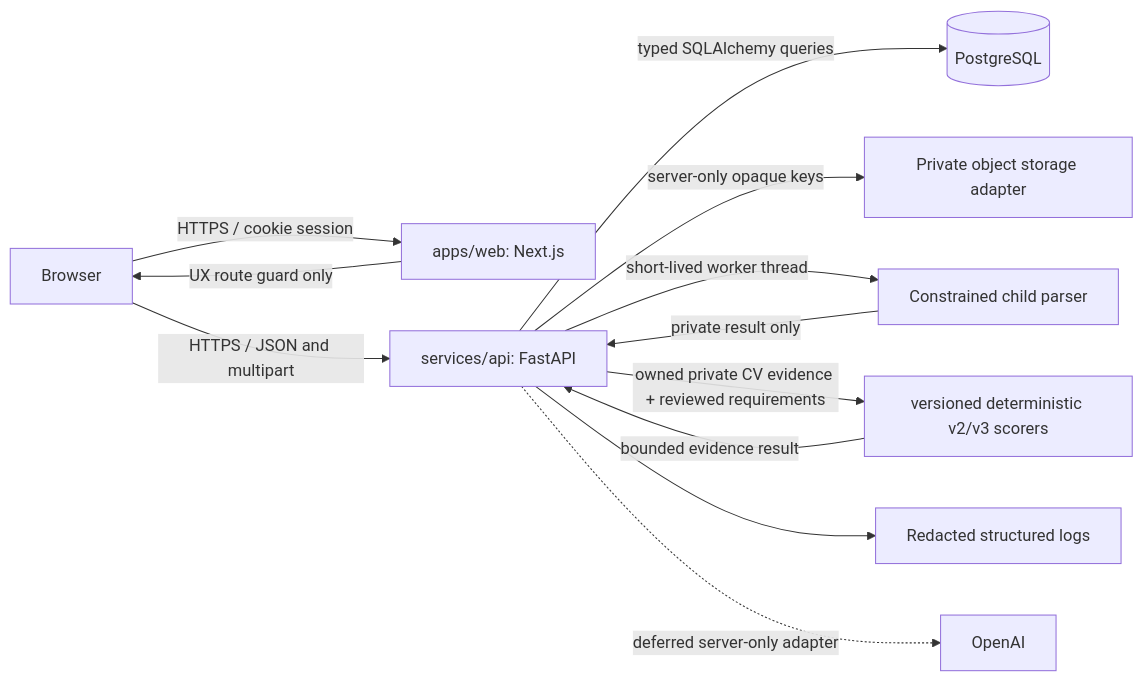
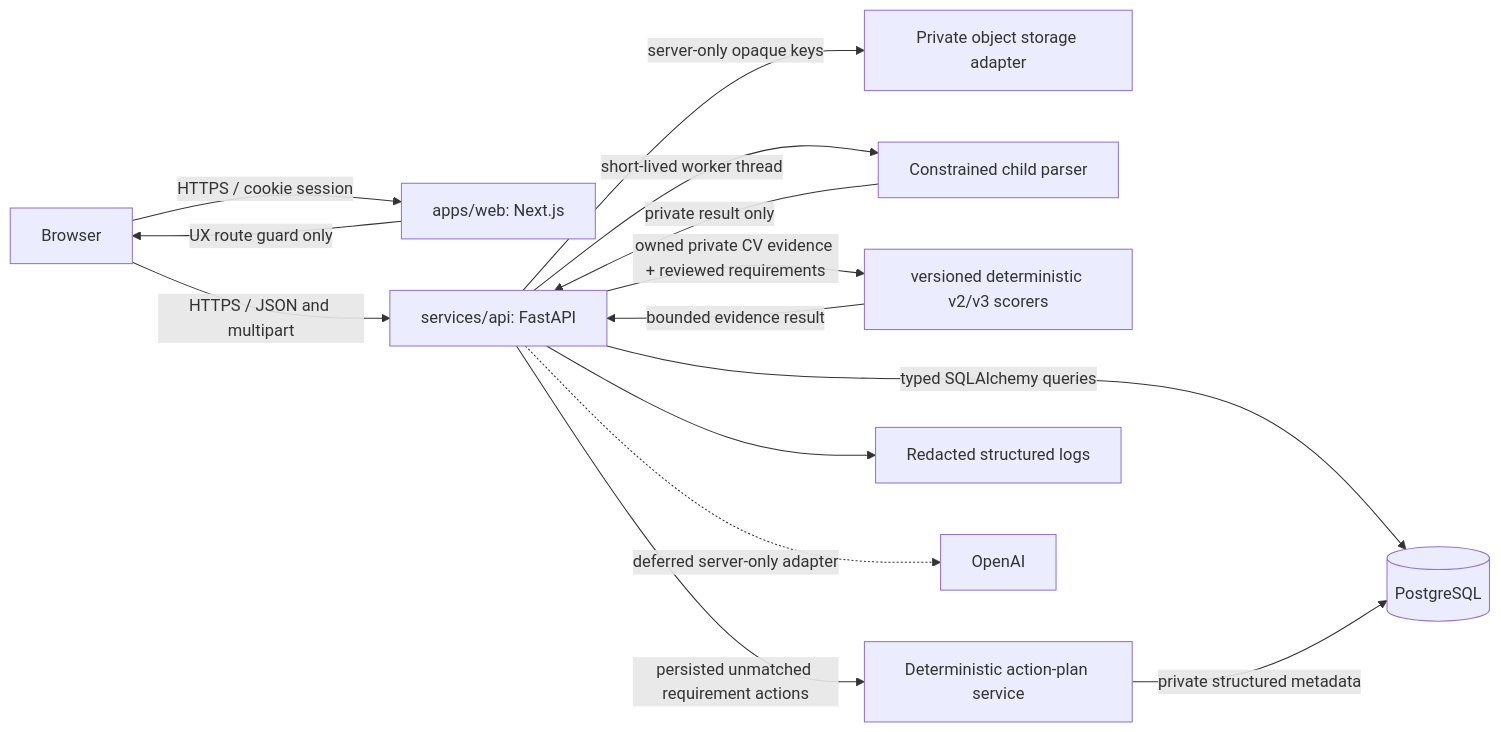
The diagram in docs/architecture.md (Adam-Ghanem/Cvmatcher), drawn with Mermaid before and after one commit. The commit also changed other lines of this file and 11 other files, not shown here.

Commit message:
feat: add deterministic action plans

````diff
--- a/docs/architecture.md
+++ b/docs/architecture.md
@@ -7,14 +7,16 @@
 ```mermaid
 flowchart LR
   Browser[Browser] -->|HTTPS / cookie session| Web[apps/web: Next.js]
   Browser -->|HTTPS / JSON and multipart| API[services/api: FastAPI]
   Web -->|UX route guard only| Browser
   API -->|typed SQLAlchemy queries| DB[(PostgreSQL)]
   API -->|server-only opaque keys| Storage[Private object storage adapter]
   API -->|short-lived worker thread| Parser[Constrained child parser]
   Parser -->|private result only| API
   API -->|owned private CV evidence + reviewed requirements| Scorer[versioned deterministic v2/v3 scorers]
   Scorer -->|bounded evidence result| API
+  API -->|persisted unmatched requirement actions| ActionPlan[Deterministic action-plan service]
+  ActionPlan -->|private structured metadata| DB
   API --> Logs[Redacted structured logs]
   API -. deferred server-only adapter .-> OpenAI[OpenAI]
 ```
````
